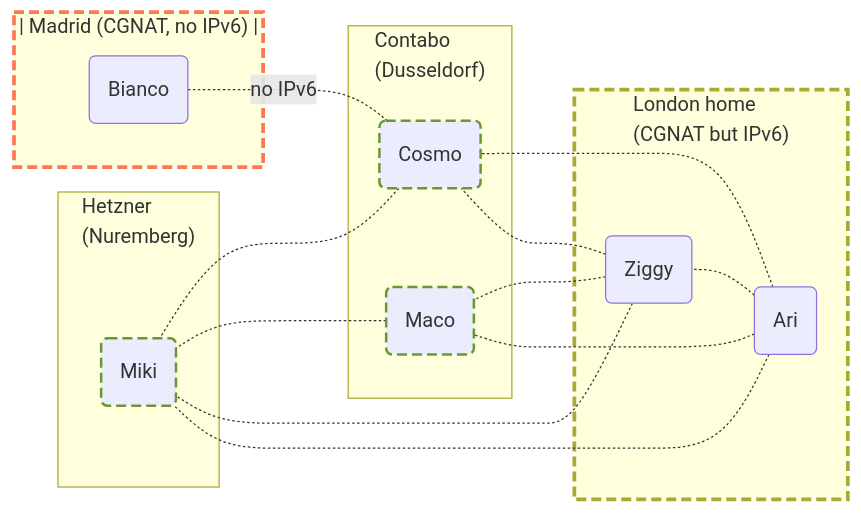
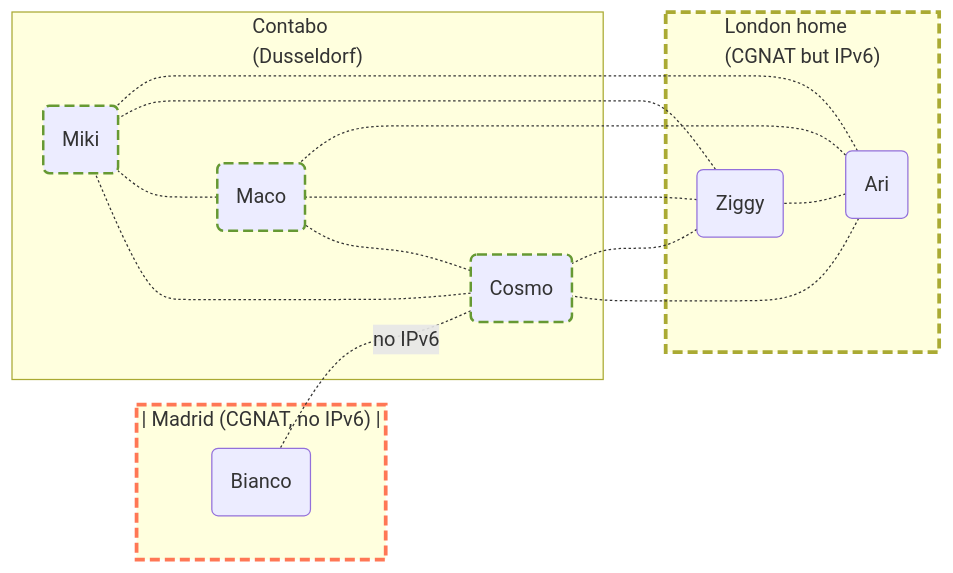
One commit to cottand/web-portfolio changed the first of 4 diagrams in src/assets/markdown/projects/Selfhosted.md. Above: the diagram before and after it, drawn with Mermaid. The commit also changed other lines of this file, not shown here.

````diff
--- a/src/assets/markdown/projects/Selfhosted.md
+++ b/src/assets/markdown/projects/Selfhosted.md
@@ -21,33 +29,33 @@
 ```mermaid
 %% !caption: Networking setup. NATs in orange, ingress in green. Nodes are named after my cats
 graph RL
-    style Cosmo stroke:#693, stroke-width:2px,stroke-dasharray: 8 4
-    style Miki stroke:#693, stroke-width:2px,stroke-dasharray: 8 4
-    style Maco stroke:#693, stroke-width:2px,stroke-dasharray: 8 4
-    style Madrid stroke:#f75, stroke-width:3px, stroke-dasharray: 8 4
-    style London stroke:#fg75, stroke-width:3px, stroke-dasharray: 8 4
-    subgraph Hetzner["Hetzner \n (Nuremberg)"]
-        Miki("Miki")
-    end
+    style Cosmo stroke: #693, stroke-width: 2px, stroke-dasharray: 8 4
+    style Miki stroke: #693, stroke-width: 2px, stroke-dasharray: 8 4
+    style Maco stroke: #693, stroke-width: 2px, stroke-dasharray: 8 4
+    style Madrid stroke: #f75, stroke-width: 3px, stroke-dasharray: 8 4
+    style London stroke: #fg75, stroke-width: 3px, stroke-dasharray: 8 4
     subgraph Madrid["| Madrid (CGNAT, no IPv6) |"]
         Bianco(Bianco)
     end
     subgraph London["London home \n (CGNAT but IPv6)"]
         Ari(Ari)
         Ziggy(Ziggy)
     end
-        
+
     subgraph "Contabo \n (Dusseldorf)"
         Cosmo(Cosmo)
         Maco(Maco)
+        Miki("Miki")
     end
 
     Cosmo -.-|no IPv6| Bianco
-    Cosmo & Maco -.- Miki
-    Ari -..-  Cosmo
+    Cosmo -.- Miki
+    Maco -.- Miki
+    Cosmo -.- Maco
+    Ari -..- Cosmo
     Ziggy -.- Maco & Cosmo
-    Ari -.-  Maco
-    Ziggy -.-  Miki
-    Ari -.-   Miki
+    Ari -.- Maco
+    Ziggy -.- Miki
+    Ari -.- Miki
     Ari -.- Ziggy
 ```
````
